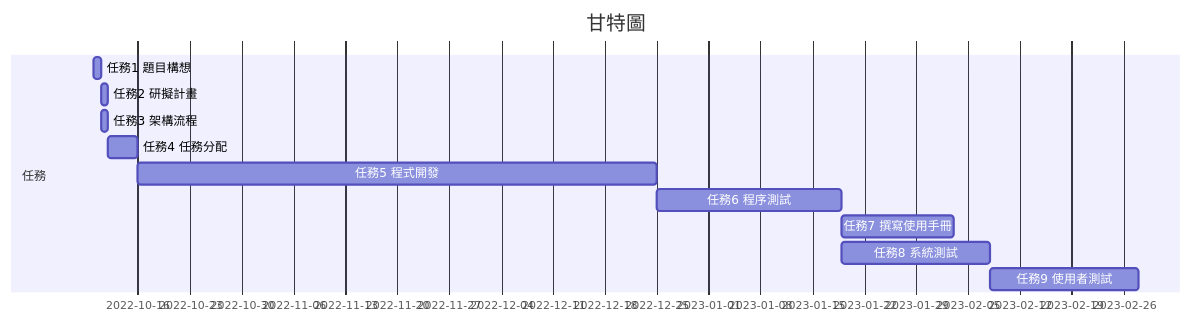
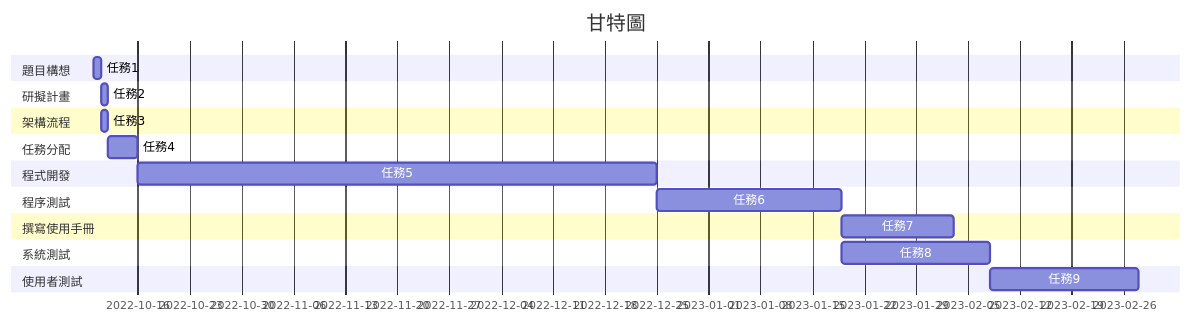
One commit to Forever-Hate/no15 changed the first of 2 diagrams in README.md. Above: the diagram before and after it, drawn with Mermaid.

````diff
--- a/README.md
+++ b/README.md
@@ -28,15 +28,23 @@
 ```mermaid
 gantt
     title 甘特圖
     
-    section 任務
-    任務1 題目構想 : a1, 2022-10-10, 1d
-    任務2 研擬計畫 : a2, after a1, 1d
-    任務3 架構流程 : a3, after a1, 1d
-    任務4 任務分配 : a4, after a3, 4d
-    任務5 程式開發 : a5, after a4, 70d
-    任務6 程序測試 : a6, after a5, 25d
-    任務7 撰寫使用手冊 : a7, after a6, 15d
-    任務8 系統測試 : a8, after a6, 20d
-    任務9 使用者測試 : a9, after a8, 20d
+    section 題目構想
+    任務1 : a1, 2022-10-10, 1d
+    section 研擬計畫
+    任務2 : a2, after a1, 1d
+    section 架構流程
+    任務3 : a3, after a1, 1d
+    section 任務分配
+    任務4 : a4, after a3, 4d
+    section 程式開發
+    任務5 : a5, after a4, 70d
+    section 程序測試
+    任務6 : a6, after a5, 25d
+    section 撰寫使用手冊
+    任務7 : a7, after a6, 15d
+    section 系統測試
+    任務8 : a8, after a6, 20d
+    section 使用者測試
+    任務9 : a9, after a8, 20d
 ```
````
